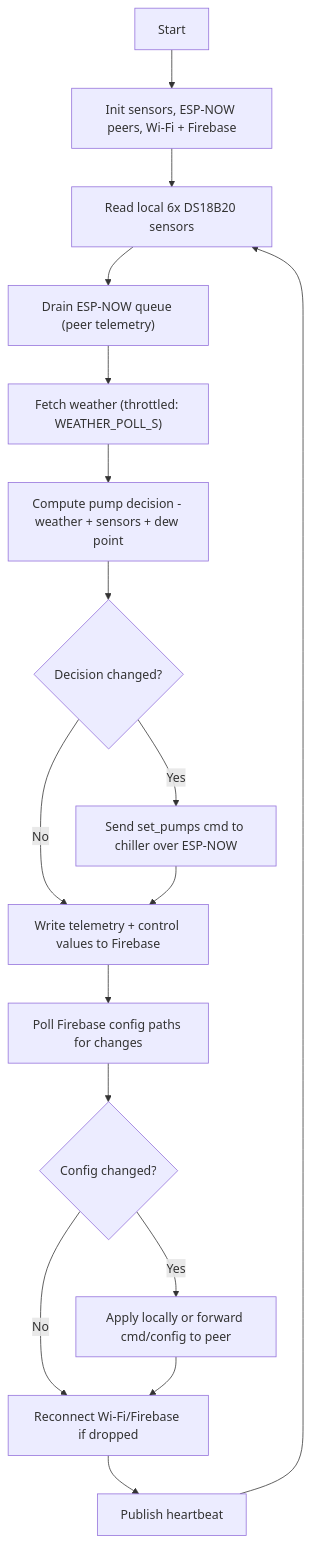
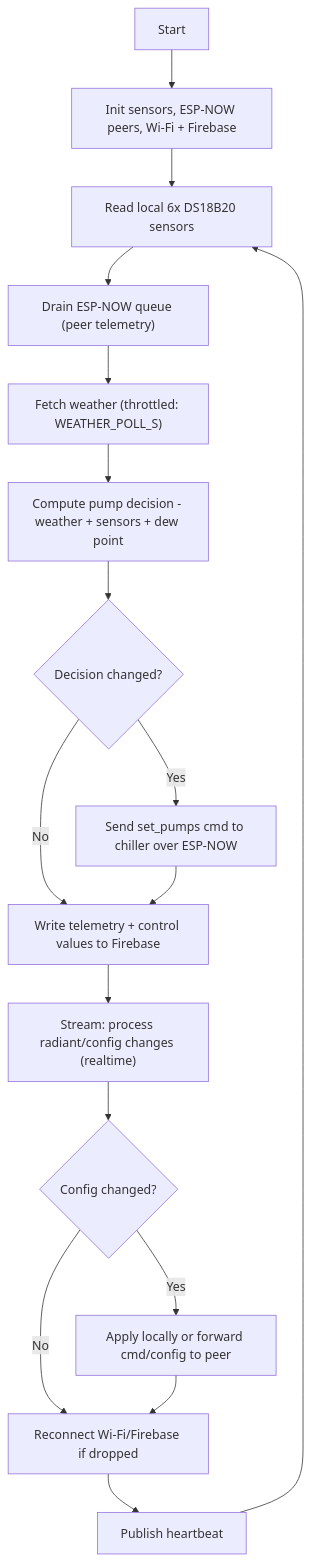
The first of 4 diagrams in docs/diagrams/flow-chart.md (qppd/radiant-cooling), drawn with Mermaid before and after one commit. The commit also changed 25 other files, not shown here.

````diff
--- a/docs/diagrams/flow-chart.md
+++ b/docs/diagrams/flow-chart.md
@@ -12,19 +12,19 @@
 ```mermaid
 flowchart TD
     A["Start"] --> B["Init sensors, ESP-NOW peers, Wi-Fi + Firebase"]
     B --> C["Read local 6x DS18B20 sensors"]
     C --> D["Drain ESP-NOW queue (peer telemetry)"]
     D --> E["Fetch weather (throttled: WEATHER_POLL_S)"]
     E --> F["Compute pump decision - weather + sensors + dew point"]
     F --> G{"Decision changed?"}
     G -->|Yes| H["Send set_pumps cmd to chiller over ESP-NOW"]
     G -->|No| I["Write telemetry + control values to Firebase"]
     H --> I
-    I --> J["Poll Firebase config paths for changes"]
+    I --> J["Stream: process radiant/config changes (realtime)"]
     J --> K{"Config changed?"}
     K -->|Yes| L["Apply locally or forward cmd/config to peer"]
     K -->|No| M["Reconnect Wi-Fi/Firebase if dropped"]
     L --> M
     M --> N["Publish heartbeat"]
     N --> C
 ```
````
